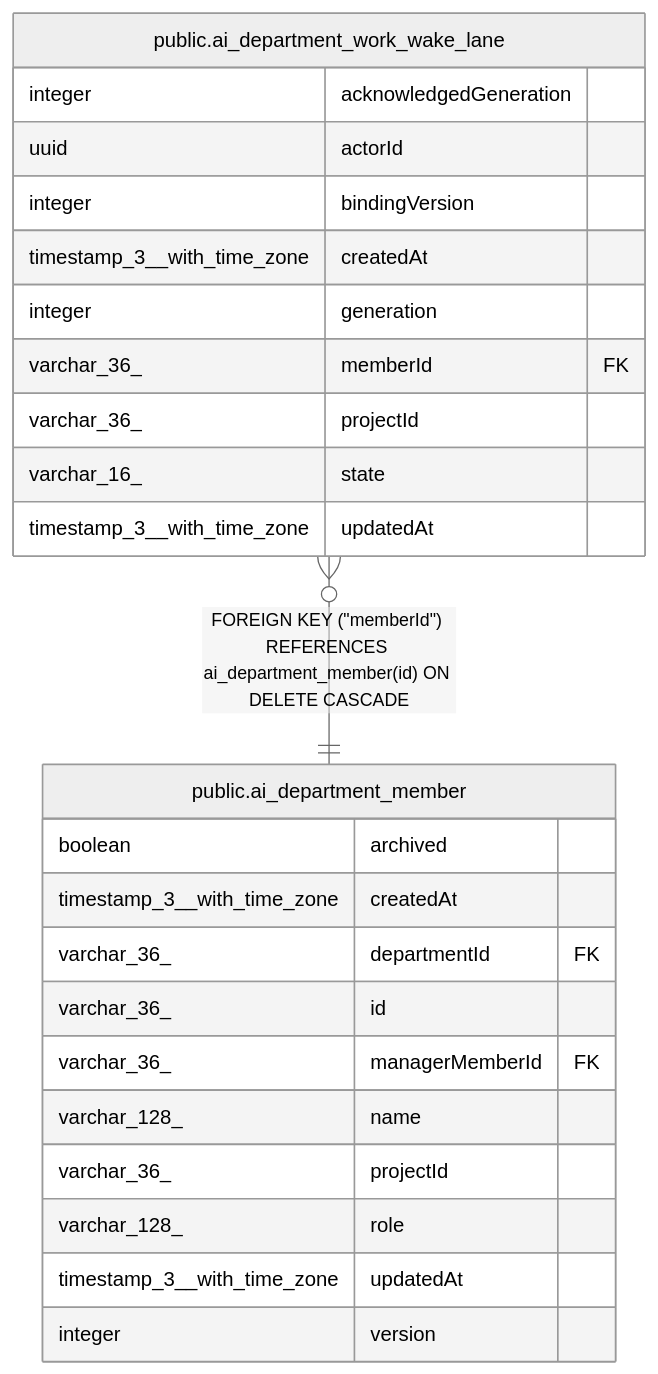
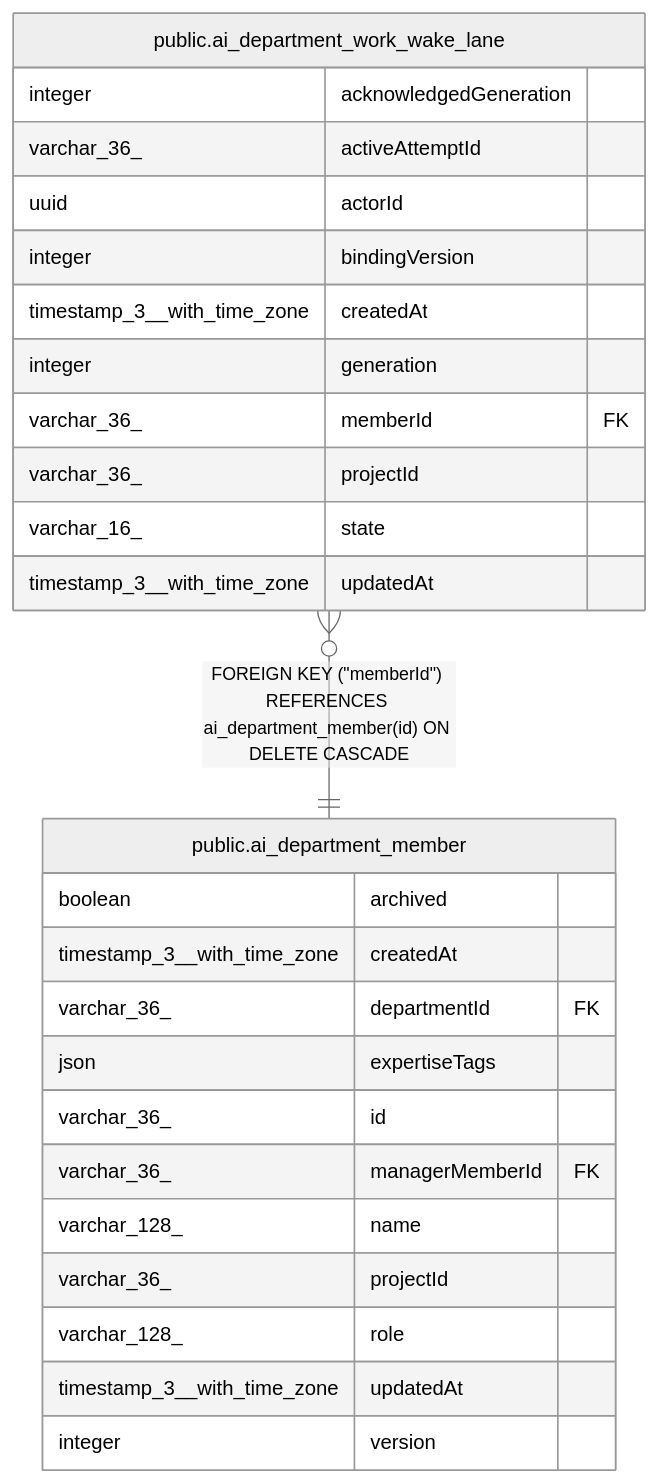
One commit to haison1234/Nexora changed the diagram in docs/generated/postgres-schema/public.ai_department_work_wake_lane.md. Above: the diagram before and after it, drawn with Mermaid (neutral theme). The commit also changed other lines of this file and 524 other files, not shown here.

````diff
--- a/docs/generated/postgres-schema/public.ai_department_work_wake_lane.md
+++ b/docs/generated/postgres-schema/public.ai_department_work_wake_lane.md
@@ -43,29 +44,31 @@
 ```mermaid
 erDiagram
 
 "public.ai_department_work_wake_lane" }o--|| "public.ai_department_member" : "FOREIGN KEY (#quot;memberId#quot;) REFERENCES ai_department_member(id) ON DELETE CASCADE"
 
 "public.ai_department_work_wake_lane" {
   integer acknowledgedGeneration
+  varchar_36_ activeAttemptId
   uuid actorId
   integer bindingVersion
   timestamp_3__with_time_zone createdAt
   integer generation
   varchar_36_ memberId FK
   varchar_36_ projectId
   varchar_16_ state
   timestamp_3__with_time_zone updatedAt
 }
 "public.ai_department_member" {
   boolean archived
   timestamp_3__with_time_zone createdAt
   varchar_36_ departmentId FK
+  json expertiseTags
   varchar_36_ id
   varchar_36_ managerMemberId FK
   varchar_128_ name
   varchar_36_ projectId
   varchar_128_ role
   timestamp_3__with_time_zone updatedAt
   integer version
 }
 ```
````
